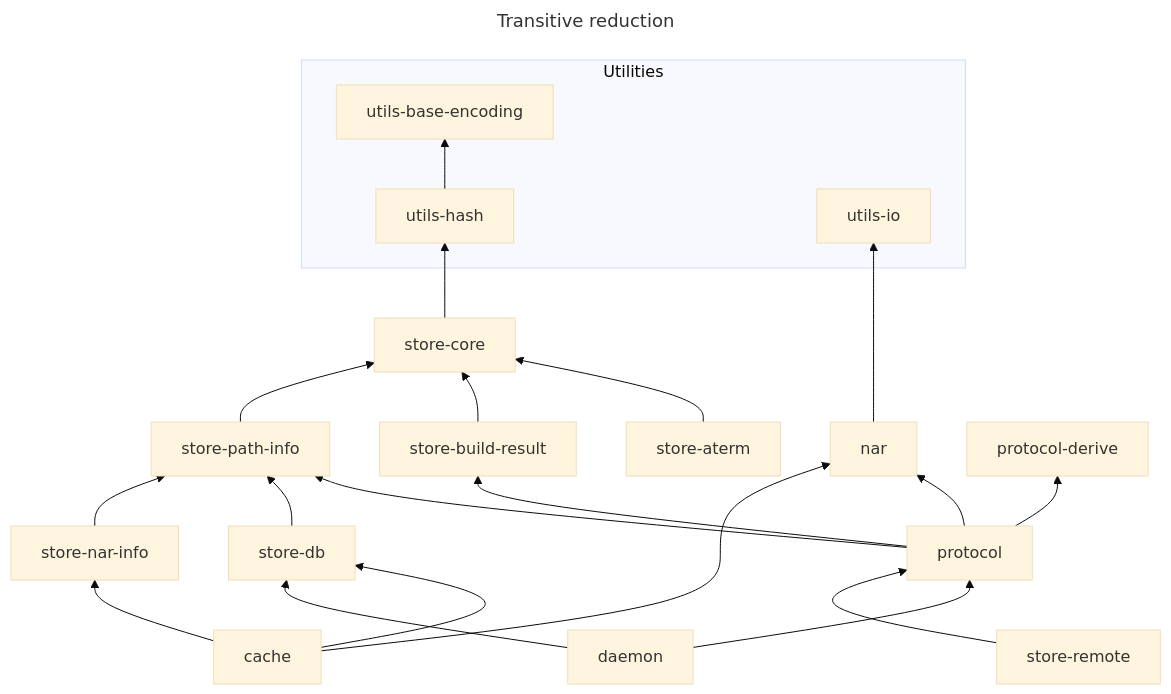
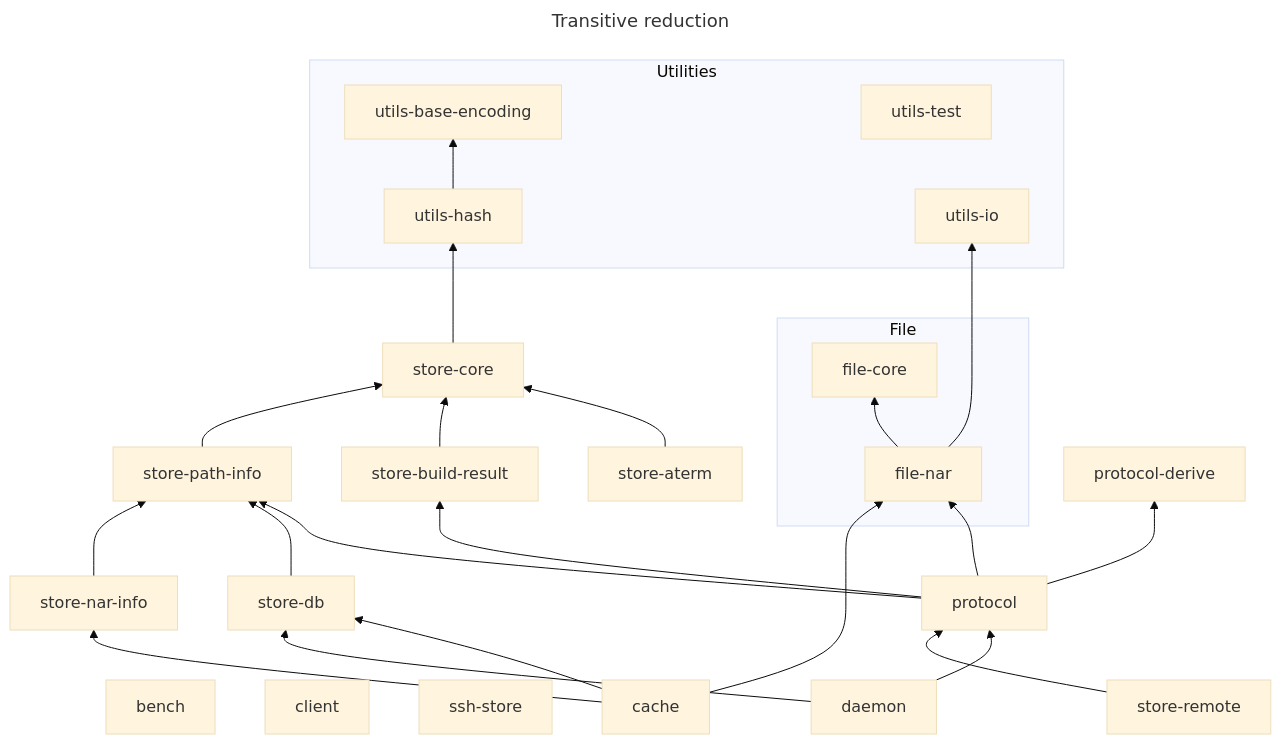
The second of 2 diagrams in docs/architecture/harmonia-store-structure.md (nix-community/harmonia), drawn with Mermaid (base theme) before and after one commit. The commit also changed other lines of this file and 51 other files, not shown here.

First line of the commit message:
`harmonia-file-core` + `harmonia-file-nar` rename + narlist dedup

````diff
--- a/docs/architecture/harmonia-store-structure.md
+++ b/docs/architecture/harmonia-store-structure.md
@@ -123,29 +135,38 @@
 ```mermaid
 ---
 title: Transitive reduction
 ---
 graph BT
     subgraph Utilities
         utils-base-encoding
         utils-hash
         utils-io
+        utils-test
     end
-    nar --> utils-io
+    subgraph File
+        file-core
+        file-nar
+    end
+    bench
+    client
+    ssh-store
+    file-nar --> file-core
+    file-nar --> utils-io
     utils-hash --> utils-base-encoding
     store-core --> utils-hash
     store-aterm --> store-core
     store-build-result --> store-core
     store-path-info --> store-core
-    protocol --> nar
+    protocol --> file-nar
     protocol --> protocol-derive
     protocol --> store-build-result
     protocol --> store-path-info
     store-db --> store-path-info
     store-nar-info --> store-path-info
-    cache --> nar
+    cache --> file-nar
     cache --> store-db
     cache --> store-nar-info
     daemon --> protocol
     daemon --> store-db
     store-remote --> protocol
 ```
````
